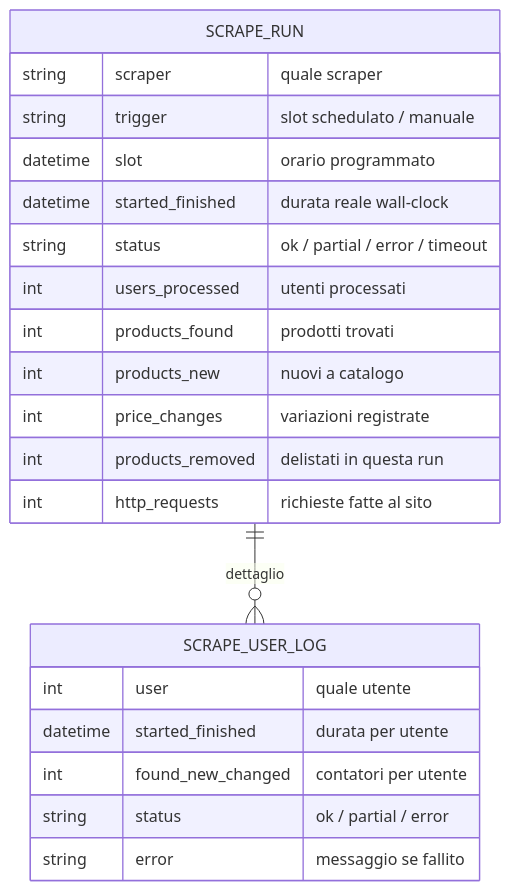
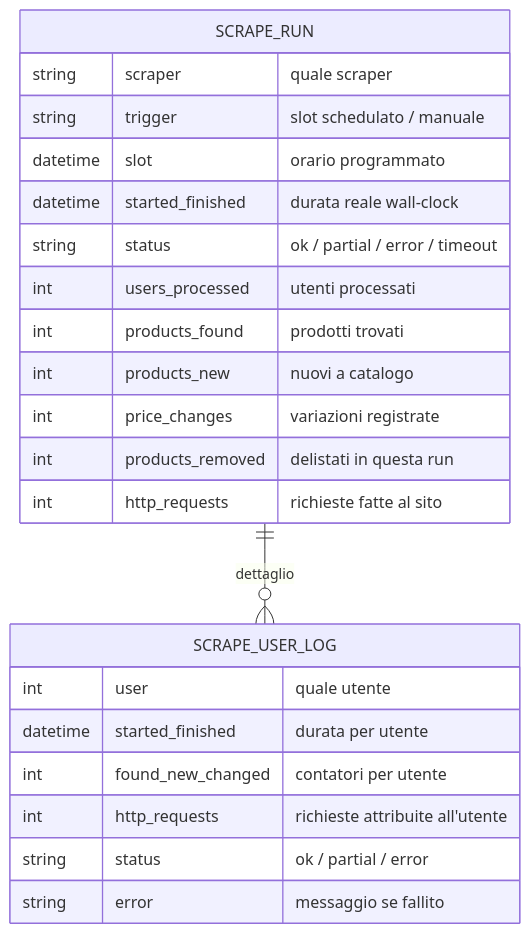
One commit to caporalesimone/watch-em-all changed the first of 2 diagrams in docs/3-features/admin/scraper-monitoring.md. Above: the diagram before and after it, drawn with Mermaid. The commit also changed other lines of this file and 8 other files, not shown here.

````diff
--- a/docs/3-features/admin/scraper-monitoring.md
+++ b/docs/3-features/admin/scraper-monitoring.md
@@ -13,24 +13,25 @@
 ```mermaid
 erDiagram
     SCRAPE_RUN ||--o{ SCRAPE_USER_LOG : dettaglio
     SCRAPE_RUN {
         string scraper "quale scraper"
         string trigger "slot schedulato / manuale"
         datetime slot "orario programmato"
         datetime started_finished "durata reale wall-clock"
         string status "ok / partial / error / timeout"
         int users_processed "utenti processati"
         int products_found "prodotti trovati"
         int products_new "nuovi a catalogo"
         int price_changes "variazioni registrate"
         int products_removed "delistati in questa run"
         int http_requests "richieste fatte al sito"
     }
     SCRAPE_USER_LOG {
         int user "quale utente"
         datetime started_finished "durata per utente"
         int found_new_changed "contatori per utente"
+        int http_requests "richieste attribuite all'utente"
         string status "ok / partial / error"
         string error "messaggio se fallito"
     }
 ```
````
